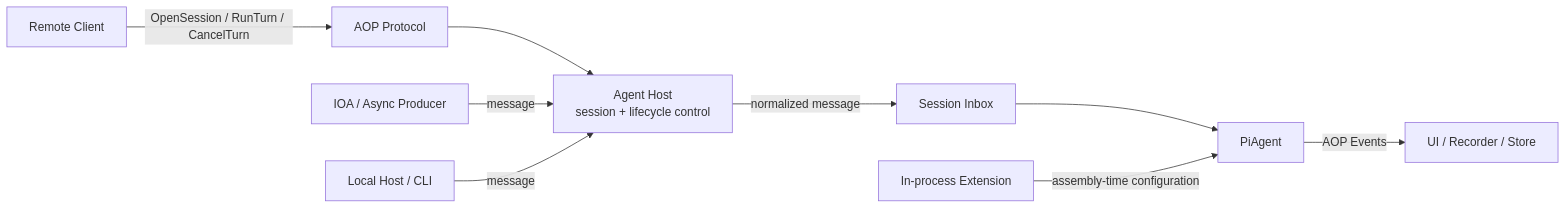
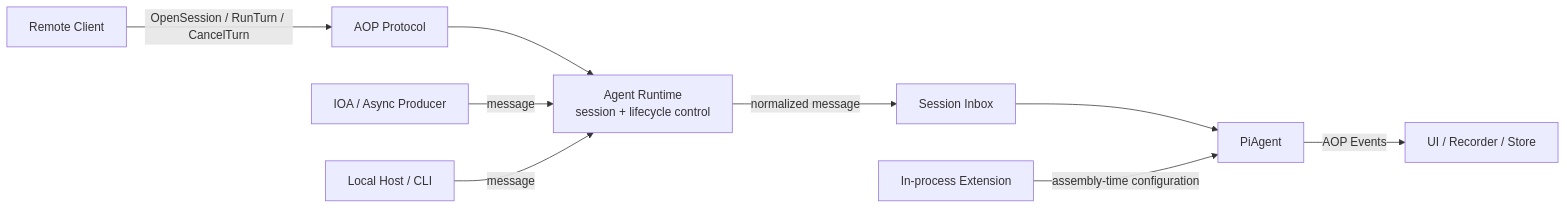
The fourth of 4 diagrams in docs/architecture.md (Go-Time/aiscan), drawn with Mermaid before and after one commit. The commit also changed other lines of this file and 118 other files, not shown here.

First line of the commit message:
refactor: separate app runtime console and communication host

````diff
--- a/docs/architecture.md
+++ b/docs/architecture.md
@@ -176,14 +176,14 @@
 ```mermaid
 flowchart LR
     CLIENT[Remote Client] -->|OpenSession / RunTurn / CancelTurn| AOP[AOP Protocol]
-    AOP --> RT[Agent Host<br/>session + lifecycle control]
+    AOP --> RT[Agent Runtime<br/>session + lifecycle control]
 
     PEER[IOA / Async Producer] -->|message| RT
     HOST[Local Host / CLI] -->|message| RT
     RT -->|normalized message| INBOX[Session Inbox]
     INBOX --> PI[PiAgent]
 
     EXT[In-process Extension] -->|assembly-time configuration| PI
 
     PI -->|AOP Events| OBS[UI / Recorder / Store]
 ```
````
